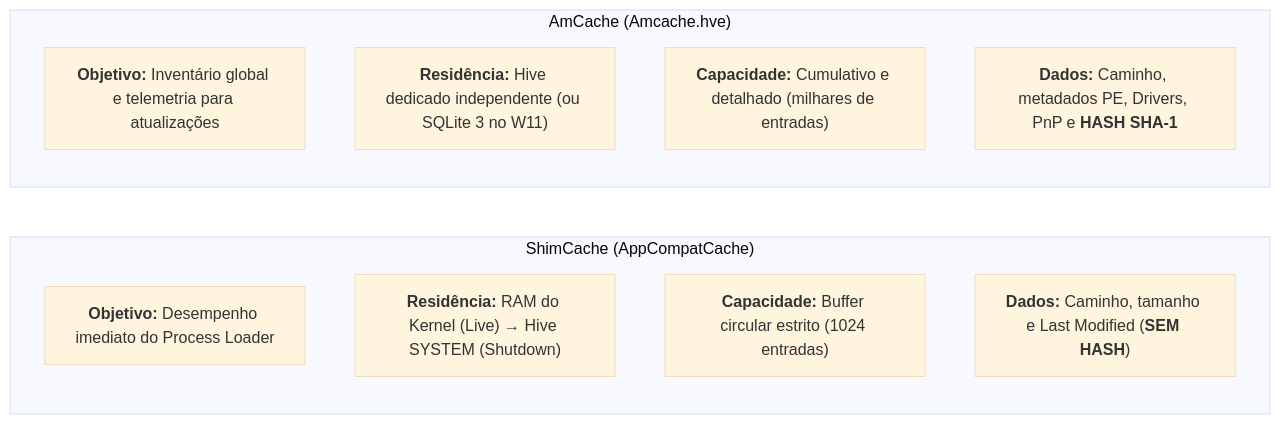
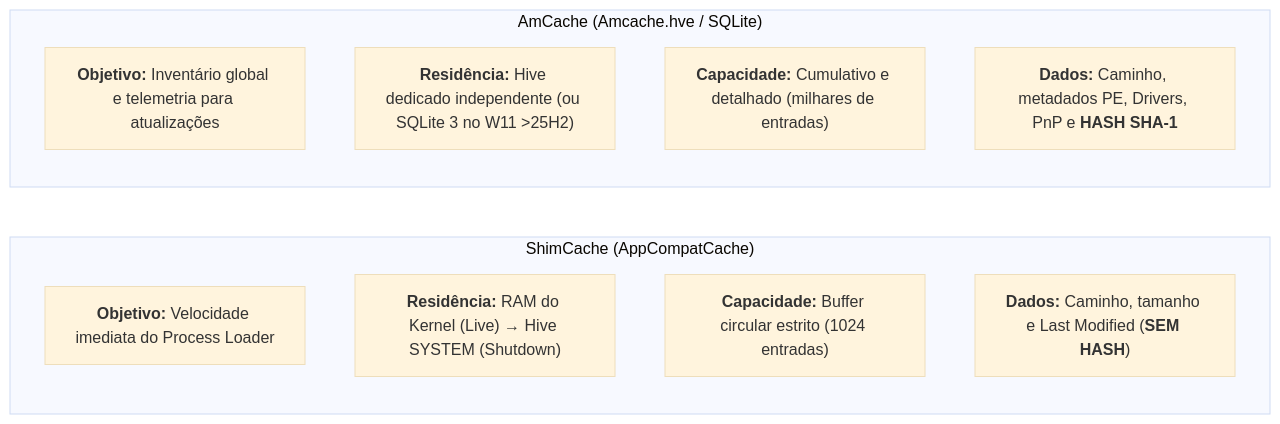
One commit to IanR0sal3s/MCIF-Vault changed the second of 3 diagrams in ASSI/Capítulo 01 - Sistemas Operativos, Serviços e Artefactos/11 - ShimCache e AmCache/Mecanismos de Compatibilidade no Windows (WOW64, Shims, PCA, ShimCache e AmCache).md. Above: the diagram before and after it, drawn with Mermaid (base theme). The commit also changed other lines of this file and 140 other files, not shown here.

````diff
--- a/ASSI/Capítulo 01 - Sistemas Operativos, Serviços e Artefactos/11 - ShimCache e AmCache/Mecanismos de Compatibilidade no Windows (WOW64, Shims, PCA, ShimCache e AmCache).md
+++ b/ASSI/Capítulo 01 - Sistemas Operativos, Serviços e Artefactos/11 - ShimCache e AmCache/Mecanismos de Compatibilidade no Windows (WOW64, Shims, PCA, ShimCache e AmCache).md
@@ -94,18 +99,18 @@
 ```mermaid
 flowchart LR
     subgraph ShimCache["ShimCache (AppCompatCache)"]
         direction TB
-        SC1["<b>Objetivo:</b> Desempenho imediato do Process Loader"]
+        SC1["<b>Objetivo:</b> Velocidade imediata do Process Loader"]
         SC2["<b>Residência:</b> RAM do Kernel (Live) → Hive SYSTEM (Shutdown)"]
         SC3["<b>Capacidade:</b> Buffer circular estrito (1024 entradas)"]
         SC4["<b>Dados:</b> Caminho, tamanho e Last Modified (<b>SEM HASH</b>)"]
     end
 
-    subgraph AmCache["AmCache (Amcache.hve)"]
+    subgraph AmCache["AmCache (Amcache.hve / SQLite)"]
         direction TB
         AC1["<b>Objetivo:</b> Inventário global e telemetria para atualizações"]
-        AC2["<b>Residência:</b> Hive dedicado independente (ou SQLite 3 no W11)"]
+        AC2["<b>Residência:</b> Hive dedicado independente (ou SQLite 3 no W11 >25H2)"]
         AC3["<b>Capacidade:</b> Cumulativo e detalhado (milhares de entradas)"]
         AC4["<b>Dados:</b> Caminho, metadados PE, Drivers, PnP e <b>HASH SHA-1</b>"]
     end
 ```
````
